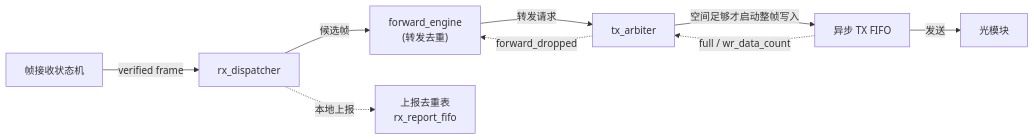
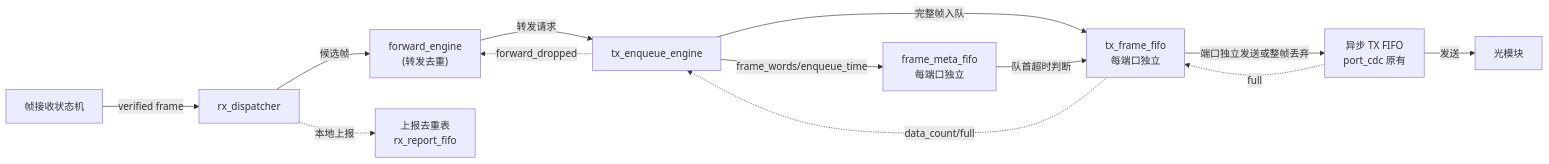
The seventh of 7 diagrams in docs/architecture.md (RBzhang/network_8), drawn with Mermaid before and after one commit. The commit also changed other lines of this file and 10 other files, not shown here.

````diff
--- a/docs/architecture.md
+++ b/docs/architecture.md
@@ -335,11 +347,15 @@
 ```mermaid
 flowchart LR
     SM["帧接收状态机"] -->|"verified frame"| RD["rx_dispatcher"]
     RD -->|"候选帧"| FE["forward_engine<br/>(转发去重)"]
     RD -.->|"本地上报"| RPT["上报去重表<br/>rx_report_fifo"]
-    FE -->|"转发请求"| TA["tx_arbiter"]
-    TA -->|"空间足够才启动整帧写入"| TXF["异步 TX FIFO"]
+    FE -->|"转发请求"| ENQ["tx_enqueue_engine"]
+    ENQ -->|"完整帧入队"| Q["tx_frame_fifo<br/>每端口独立"]
+    ENQ -->|"frame_words/enqueue_time"| M["frame_meta_fifo<br/>每端口独立"]
+    Q -->|"端口独立发送或整帧丢弃"| TXF["异步 TX FIFO<br/>port_cdc 原有"]
+    M -->|"队首超时判断"| Q
     TXF -->|"发送"| OPT["光模块"]
-    TXF -.->|"full / wr_data_count"| TA
-    TA -.->|"forward_dropped"| FE
+    Q -.->|"data_count/full"| ENQ
+    TXF -.->|"full"| Q
+    ENQ -.->|"forward_dropped"| FE
 ```
````
